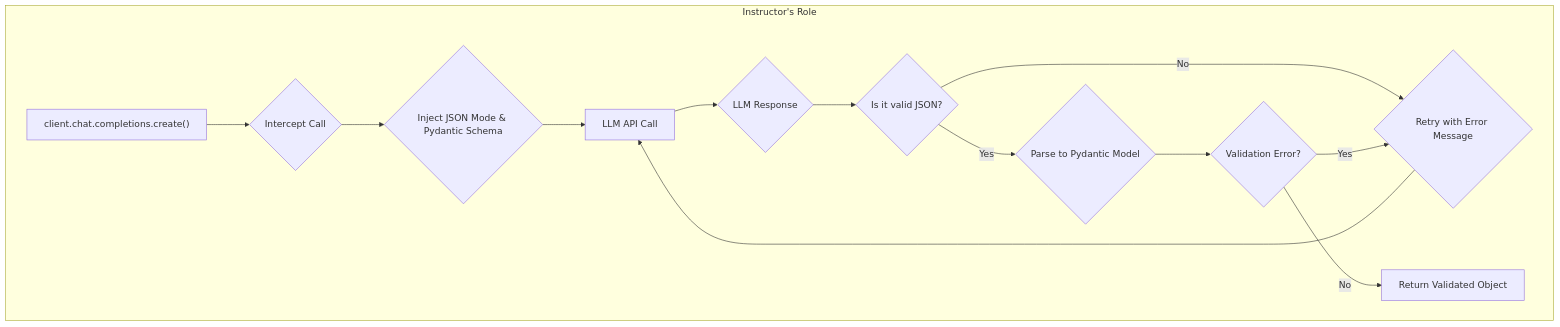
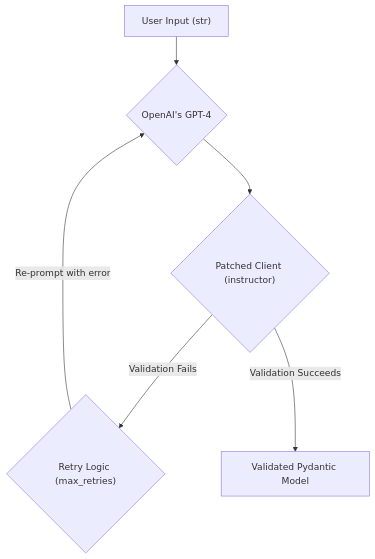
The second of 6 diagrams in data/deep_agent/sub_agents_tutorials/tutorial_plan/tutorial_plan.md (borailci/smolagents-quickstart-template), drawn with Mermaid before and after one commit. The commit also changed other lines of this file and 122 other files, not shown here.

````diff
--- a/data/deep_agent/sub_agents_tutorials/tutorial_plan/tutorial_plan.md
+++ b/data/deep_agent/sub_agents_tutorials/tutorial_plan/tutorial_plan.md
@@ -38,16 +32,8 @@
     ```mermaid
     graph TD
-        subgraph "Instructor's Role"
-            A["client.chat.completions.create()"] --> B{Intercept Call};
-            B --> C{Inject JSON Mode & Pydantic Schema};
-            C --> D[LLM API Call];
-            D --> E{LLM Response};
-            E --> F{Is it valid JSON?};
-            F -- No --> G{Retry with Error Message};
-            G --> D;
-            F -- Yes --> H{Parse to Pydantic Model};
-            H --> I{Validation Error?};
-            I -- Yes --> G;
-            I -- No --> J[Return Validated Object];
-        end
+        A["User Input (str)"] --> B{"OpenAI's GPT-4"};
+        B --> C{"Patched Client (instructor)"};
+        C -- "Validation Fails" --> E{"Retry Logic (max_retries)"};
+        E -- "Re-prompt with error" --> B;
+        C -- "Validation Succeeds" --> D["Validated Pydantic Model"];
     ```
````
